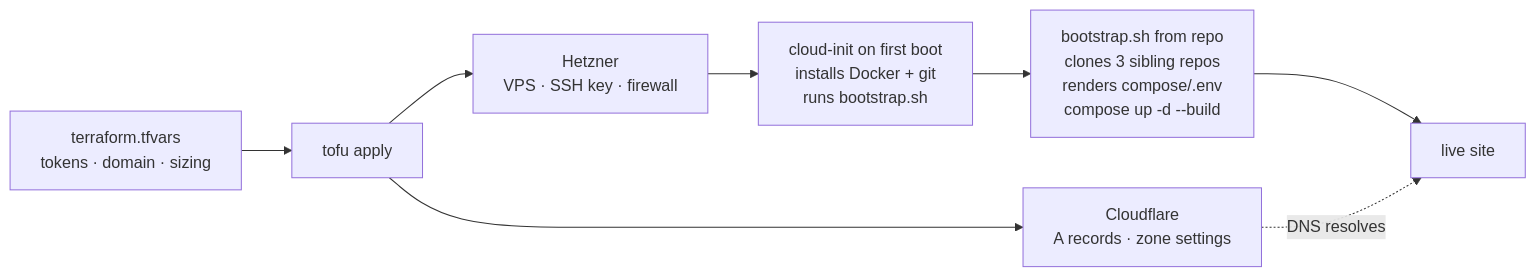
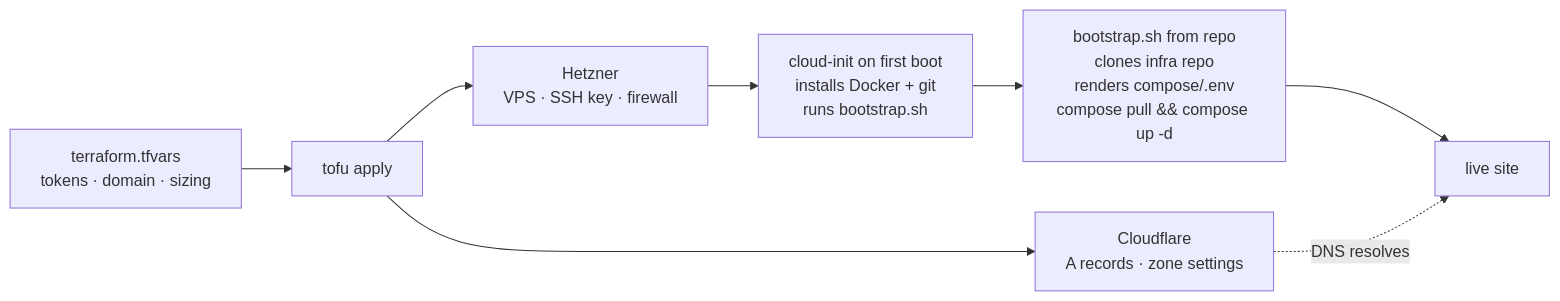
One commit to AI-Starter-Templates/.github changed the diagram in src/content/docs/topics/provisioning-with-tofu.mdx. Above: the diagram before and after it, drawn with Mermaid. The commit also changed other lines of this file and 34 other files, not shown here.

````diff
--- a/src/content/docs/topics/provisioning-with-tofu.mdx
+++ b/src/content/docs/topics/provisioning-with-tofu.mdx
@@ -22,15 +22,15 @@
 ```mermaid
 flowchart LR
   tfvars["terraform.tfvars<br/>tokens · domain · sizing"]
   apply["tofu apply"]
   hetz["Hetzner<br/>VPS · SSH key · firewall"]
   cf["Cloudflare<br/>A records · zone settings"]
   init["cloud-init on first boot<br/>installs Docker + git<br/>runs bootstrap.sh"]
-  script["bootstrap.sh from repo<br/>clones 3 sibling repos<br/>renders compose/.env<br/>compose up -d --build"]
+  script["bootstrap.sh from repo<br/>clones infra repo<br/>renders compose/.env<br/>compose pull && compose up -d"]
   live["live site"]
   tfvars --> apply
   apply --> hetz
   apply --> cf
   hetz --> init --> script --> live
   cf -.->|DNS resolves| live
 ```
````
